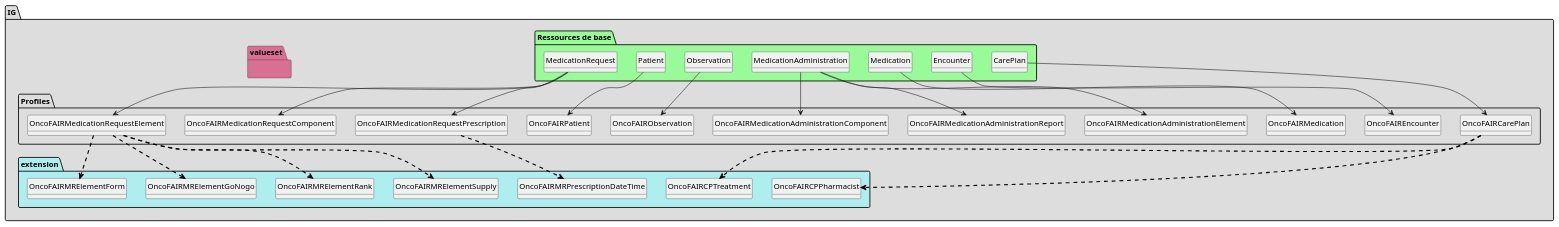
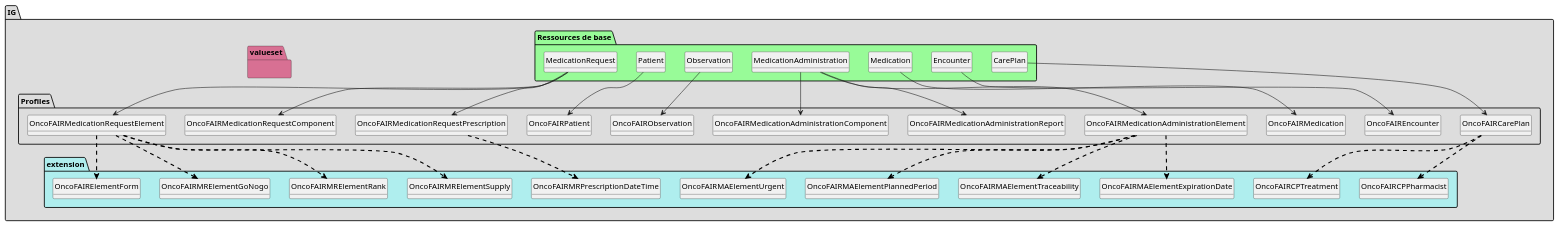
The diagram in mapping-pn13/plantuml/graph.puml (ONCOFAIR/FHIR-ImplementationGuide-Article), drawn with PlantUML before and after one commit. The commit also changed 509 other files, not shown here.

```diff
--- a/mapping-pn13/plantuml/graph.puml
+++ b/mapping-pn13/plantuml/graph.puml
@@ -31,24 +31,65 @@
 
         class OncoFAIRMedication{
 
+             Medication.code => [1..None]
+             Medication.batch => [None..None]
+             Medication.batch.lotNumber => [None..None]
+             Medication.batch.expirationDate => [None..None]
         } 
 
         class OncoFAIRMedicationAdministrationComponent{
 
              MedicationAdministration.partOf => [1..1]
+             MedicationAdministration.category => [1..1]
              MedicationAdministration.medication => [None..None]
+             MedicationAdministration.note => [None..None]
+             MedicationAdministration.note:description => [0..1]
+             MedicationAdministration.note:description.id => [1..None]
+             MedicationAdministration.note:comment => [0..1]
+             MedicationAdministration.note:comment.id => [1..None]
+             MedicationAdministration.note:indication => [0..1]
+             MedicationAdministration.note:indication.id => [1..None]
+             MedicationAdministration.dosage => [1..None]
+             MedicationAdministration.dosage.dose => [1..None]
         } 
 
         class OncoFAIRMedicationAdministrationElement{
 
+             MedicationAdministration.extension => [1..None]
+             MedicationAdministration.extension:oncofair-ma-element-urgent => <&plus>[0..1]
+             MedicationAdministration.extension:oncofair-ma-element-expirationdate => <&plus>[0..1]
+             MedicationAdministration.extension:oncofair-ma-element-traceability => <&plus>[0..1]
+             MedicationAdministration.extension:oncofair-ma-plannedperiod => <&plus>[1..1]
+             MedicationAdministration.identifier => [None..None]
+             MedicationAdministration.identifier.value => [None..None]
              MedicationAdministration.partOf => [1..1]
+             MedicationAdministration.category => [None..None]
+             MedicationAdministration.category:code => [0..1]
+             MedicationAdministration.category:form => [0..1]
+             MedicationAdministration.category:nature => [0..1]
+             MedicationAdministration.occurence[x] => [None..None]
+             MedicationAdministration.occurence[x]:occurencePeriod => [0..1]
+             MedicationAdministration.occurence[x]:occurencePeriod.start => [1..None]
+             MedicationAdministration.occurence[x]:occurencePeriod.end => [None..None]
+             MedicationAdministration.request => [None..None]
              MedicationAdministration.device => [None..None]
+             MedicationAdministration.note => [1..None]
+             MedicationAdministration.note:description => [1..1]
+             MedicationAdministration.note:description.id => [1..None]
+             MedicationAdministration.note:comment => [0..1]
+             MedicationAdministration.note:comment.id => [1..None]
+             MedicationAdministration.dosage => [None..None]
+             MedicationAdministration.dosage.site => [None..None]
+             MedicationAdministration.dosage.route => [None..None]
+             MedicationAdministration.dosage.method => [None..None]
         } 
 
         class OncoFAIRMedicationAdministrationReport{
 
+             MedicationAdministration.identifier => [None..None]
              MedicationAdministration.encounter => [1..None]
              MedicationAdministration.performer => [1..1]
+             MedicationAdministration.performer.actor => [None..None]
         } 
 
         class OncoFAIRMedicationRequestPrescription{
@@ -85,13 +126,26 @@
         class OncoFAIRMedicationRequestComponent{
 
              MedicationRequest.basedOn => [1..1]
+             MedicationRequest.category => [1..1]
              MedicationRequest.medication => [None..None]
+             MedicationRequest.note => [1..None]
+             MedicationRequest.note:description => [1..1]
+             MedicationRequest.note:description.id => [1..None]
+             MedicationRequest.note:comment => [0..1]
+             MedicationRequest.note:comment.id => [1..None]
+             MedicationRequest.dosageInstruction => [None..1]
+             MedicationRequest.dosageInstruction.doseAndRate => [None..1]
+             MedicationRequest.dosageInstruction.doseAndRate.dose[x] => [None..None]
+             MedicationRequest.dosageInstruction.doseAndRate.dose[x]:doseQuantity => [0..1]
+             MedicationRequest.substitution => [None..None]
+             MedicationRequest.substitution.allowed[x] => [None..None]
+             MedicationRequest.substitution.allowed[x]:allowedBoolean => [0..1]
         } 
 
         class OncoFAIRMedicationRequestElement{
 
              MedicationRequest.extension => [None..None]
-             MedicationRequest.extension:oncofair-mr-element-form => <&plus>[0..1]
+             MedicationRequest.extension:oncofair-element-form => <&plus>[0..1]
              MedicationRequest.extension:oncofair-mr-element-supply => <&plus>[0..1]
              MedicationRequest.extension:oncofair-mr-element-rank => <&plus>[0..1]
              MedicationRequest.extension:oncofair-mr-element-gonogo => <&plus>[0..1]
@@ -134,8 +188,12 @@
 
      OncoFAIRCarePlan -[#black,dashed,thickness=2]-> OncoFAIRCPTreatment
      OncoFAIRCarePlan -[#black,dashed,thickness=2]-> OncoFAIRCPPharmacist
+     OncoFAIRMedicationAdministrationElement -[#black,dashed,thickness=2]-> OncoFAIRMAElementUrgent
+     OncoFAIRMedicationAdministrationElement -[#black,dashed,thickness=2]-> OncoFAIRMAElementExpirationDate
+     OncoFAIRMedicationAdministrationElement -[#black,dashed,thickness=2]-> OncoFAIRMAElementTraceability
+     OncoFAIRMedicationAdministrationElement -[#black,dashed,thickness=2]-> OncoFAIRMAElementPlannedPeriod
      OncoFAIRMedicationRequestPrescription -[#black,dashed,thickness=2]-> OncoFAIRMRPrescriptionDateTime
-     OncoFAIRMedicationRequestElement -[#black,dashed,thickness=2]-> OncoFAIRMRElementForm
+     OncoFAIRMedicationRequestElement -[#black,dashed,thickness=2]-> OncoFAIRElementForm
      OncoFAIRMedicationRequestElement -[#black,dashed,thickness=2]-> OncoFAIRMRElementSupply
      OncoFAIRMedicationRequestElement -[#black,dashed,thickness=2]-> OncoFAIRMRElementRank
      OncoFAIRMedicationRequestElement -[#black,dashed,thickness=2]-> OncoFAIRMRElementGoNogo
@@ -171,7 +229,40 @@
           Extension.url => [None..None]
           Extension.value[x] => [None..0]
         } 
-        class OncoFAIRMRElementForm{
+        class OncoFAIRElementForm{
+
+          Extension.extension => [None..0]
+          Extension.url => [None..None]
+          Extension.value[x] => [None..None]
+        } 
+        class OncoFAIRMAElementExpirationDate{
+
+          Extension.extension => [None..0]
+          Extension.url => [None..None]
+          Extension.value[x] => [None..None]
+        } 
+        class OncoFAIRMAElementPlannedPeriod{
+
+          Extension.extension => [None..0]
+          Extension.url => [None..None]
+          Extension.value[x] => [None..None]
+          Extension.value[x].start => [1..None]
+          Extension.value[x].end => [None..None]
+        } 
+        class OncoFAIRMAElementTraceability{
+
+          Extension.extension:batchNumber => [0..1]
+          Extension.extension:batchNumber.extension => [None..0]
+          Extension.extension:batchNumber.url => [None..None]
+          Extension.extension:batchNumber.value[x] => [None..None]
+          Extension.extension:serialNumber => [0..1]
+          Extension.extension:serialNumber.extension => [None..0]
+          Extension.extension:serialNumber.url => [None..None]
+          Extension.extension:serialNumber.value[x] => [None..None]
+          Extension.url => [None..None]
+          Extension.value[x] => [None..0]
+        } 
+        class OncoFAIRMAElementUrgent{
 
           Extension.extension => [None..0]
           Extension.url => [None..None]
```
